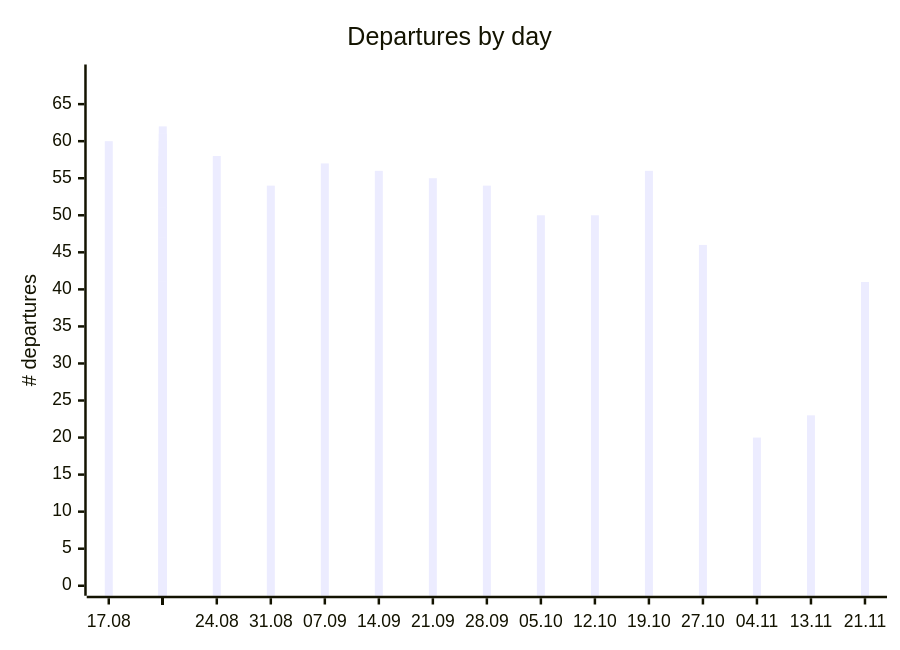
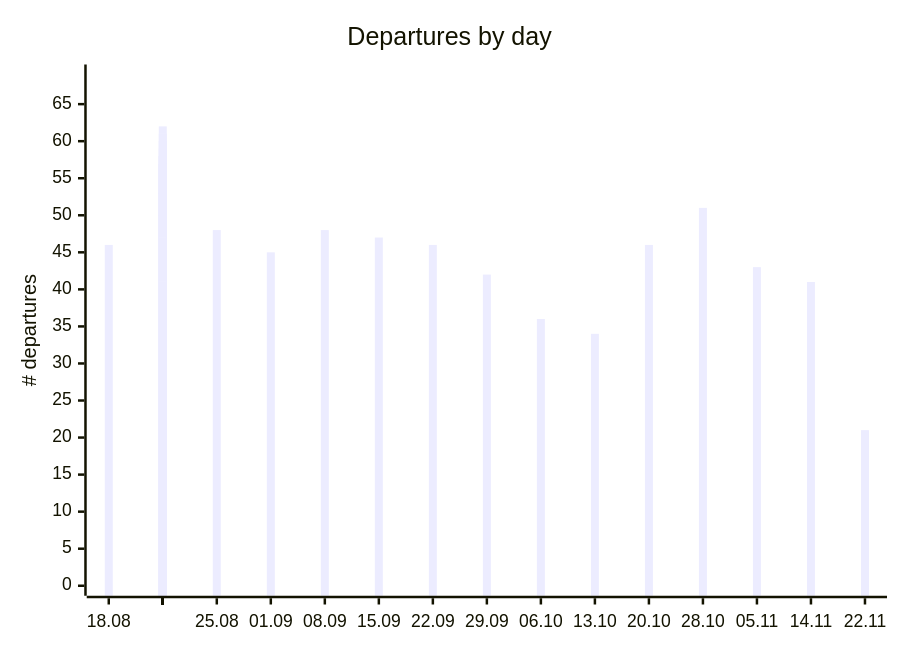
The first of 2 diagrams in README.md (rainermesi/tll-airport-departures), drawn with Mermaid before and after one commit. The commit also changed other lines of this file and 3 other files, not shown here.

````diff
--- a/README.md
+++ b/README.md
@@ -65,12 +65,12 @@
 ```mermaid
 ---
 xyChart:
     xAxis:
       labelFontSize: 8
 ---
 xychart-beta
     title "Departures by day"
-    x-axis ["17.08", " ", " ", " ", " ", " ", " ", "24.08", " ", " ", " ", " ", " ", " ", "31.08", " ", " ", " ", " ", " ", " ", "07.09", " ", " ", " ", " ", " ", " ", "14.09", " ", " ", " ", " ", " ", " ", "21.09", " ", " ", " ", " ", " ", " ", "28.09", " ", " ", " ", " ", " ", " ", "05.10", " ", " ", " ", " ", " ", " ", "12.10", " ", " ", " ", " ", " ", " ", "19.10", " ", " ", " ", " ", " ", " ", "27.10", " ", " ", " ", " ", " ", " ", "04.11", " ", " ", " ", " ", " ", " ", "13.11", " ", " ", " ", " ", "21.11"]
+    x-axis ["18.08", " ", " ", " ", " ", " ", " ", "25.08", " ", " ", " ", " ", " ", " ", "01.09", " ", " ", " ", " ", " ", " ", "08.09", " ", " ", " ", " ", " ", " ", "15.09", " ", " ", " ", " ", " ", " ", "22.09", " ", " ", " ", " ", " ", " ", "29.09", " ", " ", " ", " ", " ", " ", "06.10", " ", " ", " ", " ", " ", " ", "13.10", " ", " ", " ", " ", " ", " ", "20.10", " ", " ", " ", " ", " ", " ", "28.10", " ", " ", " ", " ", " ", " ", "05.11", " ", " ", " ", " ", " ", " ", "14.11", " ", " ", " ", " ", "22.11"]
     y-axis "# departures" 0 --> 69
-    bar [60, 46, 54, 55, 60, 43, 58, 58, 48, 54, 33, 32, 34, 52, 54, 45, 54, 49, 62, 42, 56, 57, 48, 53, 52, 61, 44, 54, 56, 47, 51, 52, 59, 43, 52, 55, 46, 51, 53, 57, 40, 48, 54, 42, 46, 52, 54, 40, 48, 50, 36, 45, 46, 53, 35, 49, 50, 34, 46, 52, 58, 44, 55, 56, 46, 48, 52, 57, 46, 50, 46, 51, 27, 49, 49, 50, 44, 20, 43, 24, 45, 47, 38, 20, 23, 41, 22, 37, 24, 41]
+    bar [46, 54, 55, 60, 43, 58, 58, 48, 54, 33, 32, 34, 52, 54, 45, 54, 49, 62, 42, 56, 57, 48, 53, 52, 61, 44, 54, 56, 47, 51, 52, 59, 43, 52, 55, 46, 51, 53, 57, 40, 48, 54, 42, 46, 52, 54, 40, 48, 50, 36, 45, 46, 53, 35, 49, 50, 34, 46, 52, 58, 44, 55, 56, 46, 48, 52, 57, 46, 50, 46, 51, 27, 49, 49, 50, 44, 20, 43, 24, 45, 47, 38, 20, 23, 41, 22, 37, 24, 41, 21]
 ```
````
